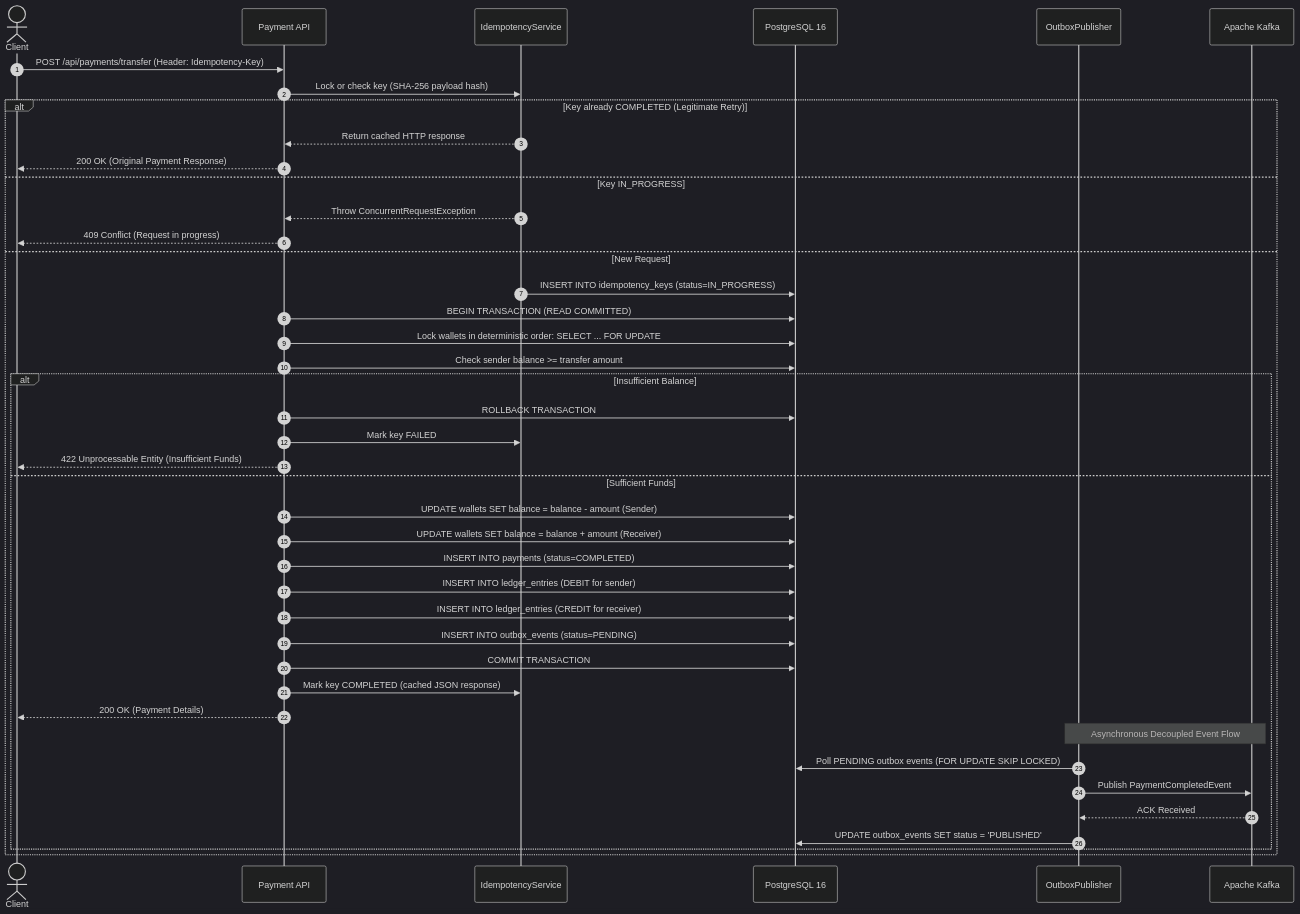
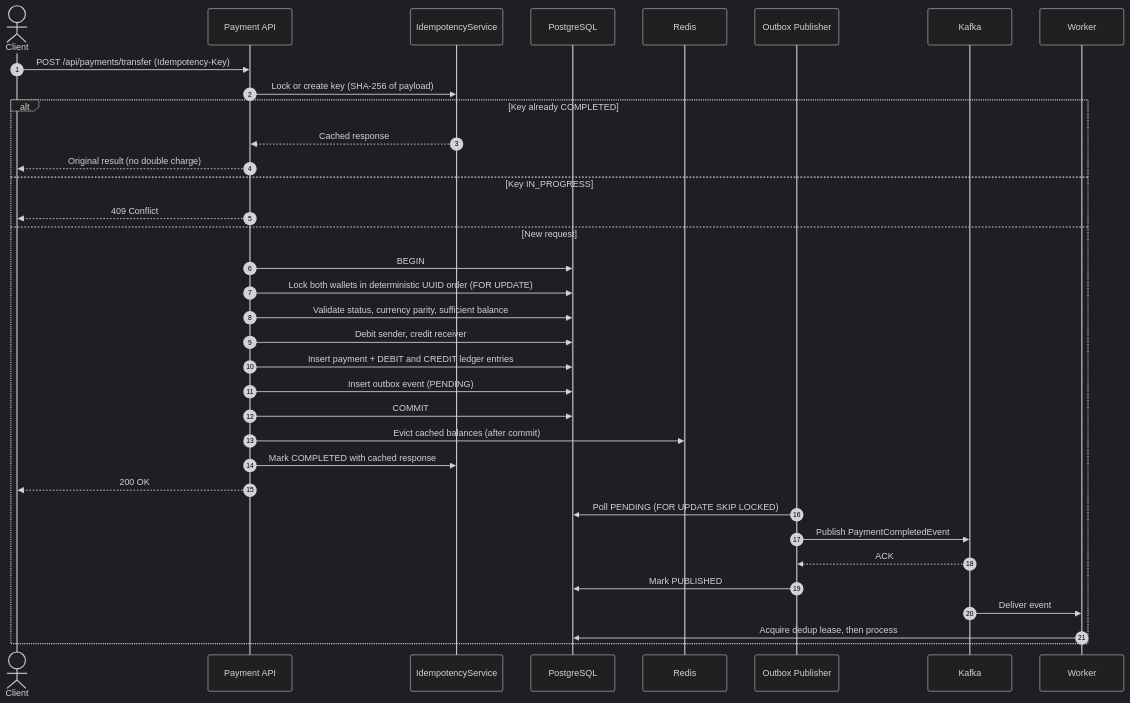
One commit to tanusingh04/Monetra changed the second of 8 diagrams in README.md. Above: the diagram before and after it, drawn with Mermaid (dark theme). The commit also changed other lines of this file, not shown here.

````diff
--- a/README.md
+++ b/README.md
@@ -172,46 +163,38 @@
 ```mermaid
 sequenceDiagram
     autonumber
     actor Client
     participant API as Payment API
-    participant Idemp as IdempotencyService
-    participant DB as PostgreSQL 16
-    participant Outbox as OutboxPublisher
-    participant Kafka as Apache Kafka
+    participant Idem as IdempotencyService
+    participant DB as PostgreSQL
+    participant Redis as Redis
+    participant Outbox as Outbox Publisher
+    participant Kafka as Kafka
+    participant Worker as Worker
 
-    Client->>API: POST /api/payments/transfer (Header: Idempotency-Key)
-    API->>Idemp: Lock or check key (SHA-256 payload hash)
-    alt Key already COMPLETED (Legitimate Retry)
-        Idemp-->>API: Return cached HTTP response
-        API-->>Client: 200 OK (Original Payment Response)
+    Client->>API: POST /api/payments/transfer (Idempotency-Key)
+    API->>Idem: Lock or create key (SHA-256 of payload)
+    alt Key already COMPLETED
+        Idem-->>API: Cached response
+        API-->>Client: Original result (no double charge)
     else Key IN_PROGRESS
-        Idemp-->>API: Throw ConcurrentRequestException
-        API-->>Client: 409 Conflict (Request in progress)
-    else New Request
-        Idemp->>DB: INSERT INTO idempotency_keys (status=IN_PROGRESS)
-        API->>DB: BEGIN TRANSACTION (READ COMMITTED)
-        API->>DB: Lock wallets in deterministic order: SELECT ... FOR UPDATE
-        API->>DB: Check sender balance >= transfer amount
-        alt Insufficient Balance
-            API->>DB: ROLLBACK TRANSACTION
-            API->>Idemp: Mark key FAILED
-            API-->>Client: 422 Unprocessable Entity (Insufficient Funds)
-        else Sufficient Funds
-            API->>DB: UPDATE wallets SET balance = balance - amount (Sender)
-            API->>DB: UPDATE wallets SET balance = balance + amount (Receiver)
-            API->>DB: INSERT INTO payments (status=COMPLETED)
-            API->>DB: INSERT INTO ledger_entries (DEBIT for sender)
-            API->>DB: INSERT INTO ledger_entries (CREDIT for receiver)
-            API->>DB: INSERT INTO outbox_events (status=PENDING)
-            API->>DB: COMMIT TRANSACTION
-            API->>Idemp: Mark key COMPLETED (cached JSON response)
-            API-->>Client: 200 OK (Payment Details)
-            
-            Note over Outbox,Kafka: Asynchronous Decoupled Event Flow
-            Outbox->>DB: Poll PENDING outbox events (FOR UPDATE SKIP LOCKED)
-            Outbox->>Kafka: Publish PaymentCompletedEvent
-            Kafka-->>Outbox: ACK Received
-            Outbox->>DB: UPDATE outbox_events SET status = 'PUBLISHED'
-        end
+        API-->>Client: 409 Conflict
+    else New request
+        API->>DB: BEGIN
+        API->>DB: Lock both wallets in deterministic UUID order (FOR UPDATE)
+        API->>DB: Validate status, currency parity, sufficient balance
+        API->>DB: Debit sender, credit receiver
+        API->>DB: Insert payment + DEBIT and CREDIT ledger entries
+        API->>DB: Insert outbox event (PENDING)
+        API->>DB: COMMIT
+        API->>Redis: Evict cached balances (after commit)
+        API->>Idem: Mark COMPLETED with cached response
+        API-->>Client: 200 OK
+        Outbox->>DB: Poll PENDING (FOR UPDATE SKIP LOCKED)
+        Outbox->>Kafka: Publish PaymentCompletedEvent
+        Kafka-->>Outbox: ACK
+        Outbox->>DB: Mark PUBLISHED
+        Kafka->>Worker: Deliver event
+        Worker->>DB: Acquire dedup lease, then process
     end
 ```
````
